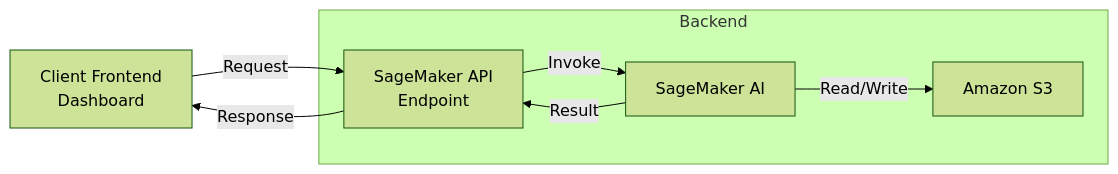
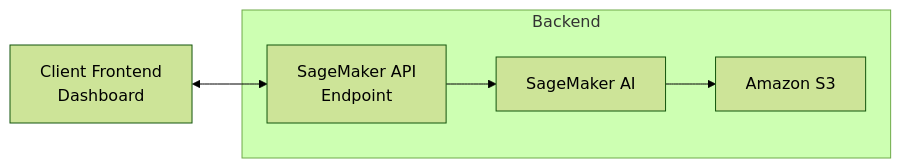
One commit to 0x10jalencas/csu-summer-ai-camp-2025 changed the diagram in README.md. Above: the diagram before and after it, drawn with Mermaid (forest theme). The commit also changed other lines of this file, not shown here.

````diff
--- a/README.md
+++ b/README.md
@@ -35,14 +35,10 @@
 ```mermaid
 graph LR
-  A[Client Frontend<br/>Dashboard] -->|Request| B[SageMaker API<br/>Endpoint]
+  A[Client Frontend<br/>Dashboard] <--> B[SageMaker API<br/>Endpoint]
 
   subgraph Backend
-    B -->|Invoke| C[SageMaker AI]
-    C -->|Read/Write| D[Amazon S3]
-    C -->|Result| B
+    B --> C[SageMaker AI]
+    C --> D[Amazon S3]
   end
 
-  B -->|Response| A
-
-
 ```
````
